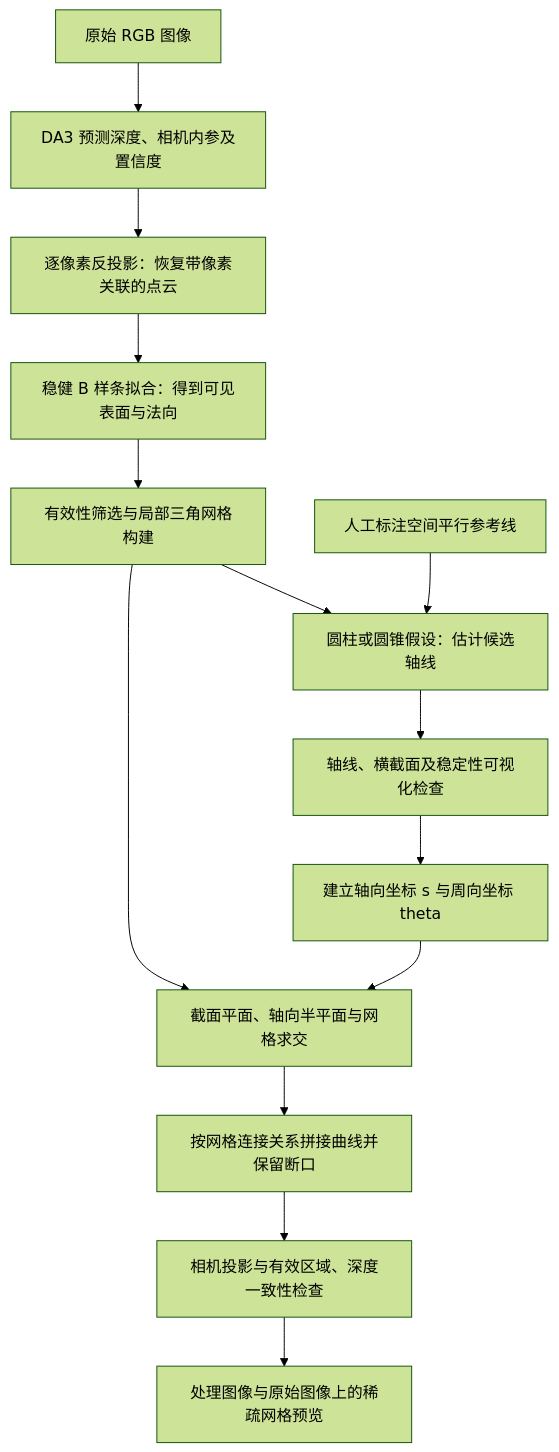
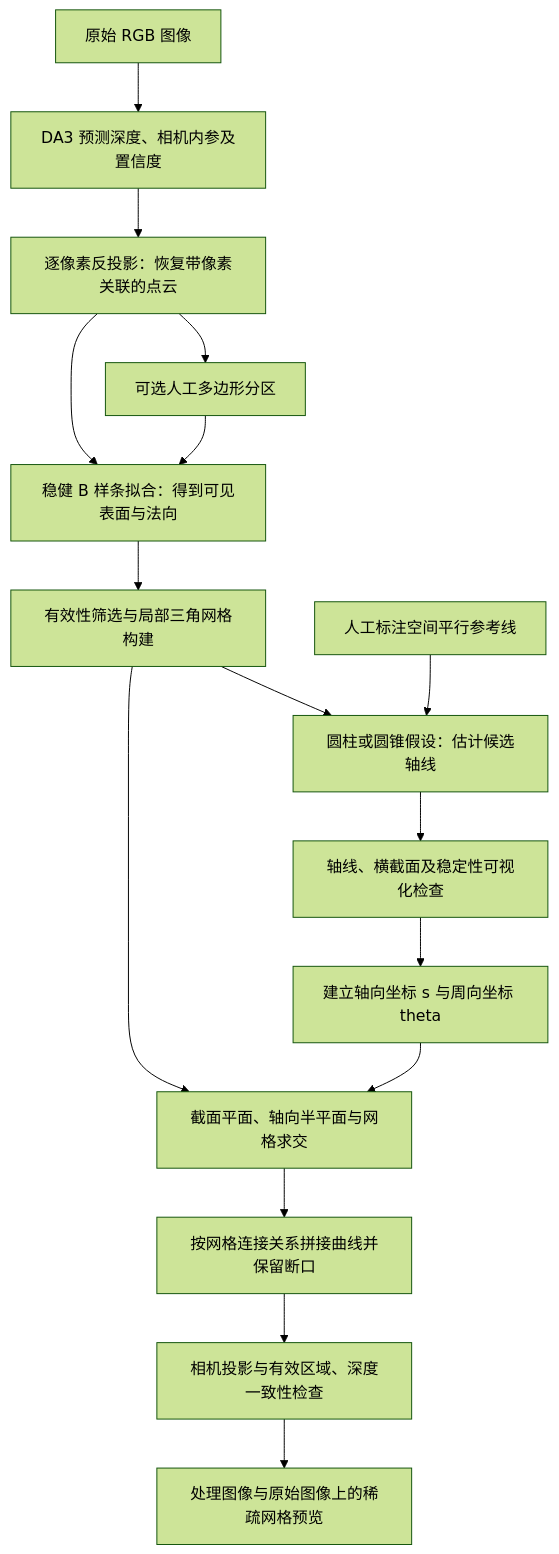
The diagram in docs/WORKFLOW.md (ZsLeslie/depth_anything3), drawn with Mermaid (forest theme) before and after one commit. The commit also changed other lines of this file and 7 other files, not shown here.

````diff
--- a/docs/WORKFLOW.md
+++ b/docs/WORKFLOW.md
@@ -9,16 +9,18 @@
 ```mermaid
 flowchart TD
     A[原始 RGB 图像] --> B[DA3 预测深度、相机内参及置信度]
     B --> C[逐像素反投影：恢复带像素关联的点云]
     C --> D[稳健 B 样条拟合：得到可见表面与法向]
+    C --> N[可选人工多边形分区]
+    N --> D
     D --> E[有效性筛选与局部三角网格构建]
     E --> F[圆柱或圆锥假设：估计候选轴线]
     G[人工标注空间平行参考线] --> F
     F --> H[轴线、横截面及稳定性可视化检查]
     H --> I[建立轴向坐标 s 与周向坐标 theta]
     E --> J[截面平面、轴向半平面与网格求交]
     I --> J
     J --> K[按网格连接关系拼接曲线并保留断口]
     K --> L[相机投影与有效区域、深度一致性检查]
     L --> M[处理图像与原始图像上的稀疏网格预览]
 ```
````
